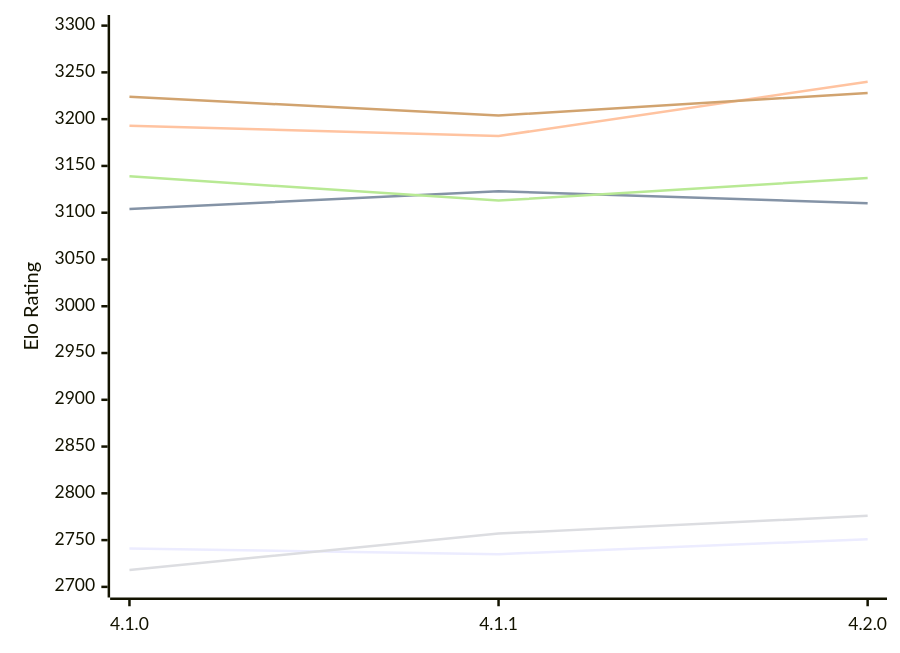
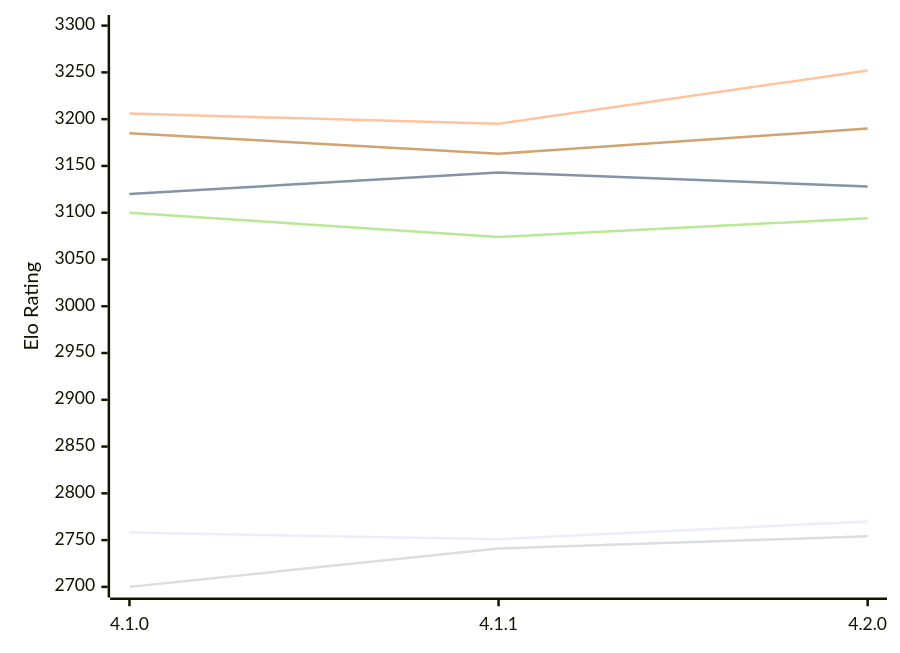
Before and after one commit to computer-chess-index/cci: the diagram in engines/LunaChessEngine.md, drawn with Mermaid. The commit also changed other lines of this file, not shown here.

Commit message:
Update CCI Ratings (ELO VLTC) - 2026-11-14

````diff
--- a/engines/LunaChessEngine.md
+++ b/engines/LunaChessEngine.md
@@ -51,12 +51,12 @@
 ```mermaid
 %%{init: {"theme":"base","themeVariables":{"seriesColors:['#a3a3a3','#222221','#faa371']}}}%%
 xychart-beta
   x-axis ["4.1.0", "4.1.1", "4.2.0"]
   y-axis "Elo Rating" 2700 --> 3300
-  line "E1: STC (8.0+0.08s)" [2741, 2735, 2751]
-  line "E1: LTC (60.0+0.60s)" [3104, 3123, 3110]
-  line "E1: VLTC (2m24s+1.12s)" [3193, 3182, 3240]
-  line "P1: STC (8.0+0.08s)" [2718, 2757, 2776]
-  line "P1: LTC (60.0+0.60s)" [3139, 3113, 3137]
-  line "P1: VLTC (2m24s+1.12s)" [3224, 3204, 3228]
+  line "E1: STC (8.0+0.08s)" [2758, 2751, 2770]
+  line "E1: LTC (60.0+0.60s)" [3120, 3143, 3128]
+  line "E1: VLTC (2m24s+1.12s)" [3206, 3195, 3252]
+  line "P1: STC (8.0+0.08s)" [2700, 2741, 2754]
+  line "P1: LTC (60.0+0.60s)" [3100, 3074, 3094]
+  line "P1: VLTC (2m24s+1.12s)" [3185, 3163, 3190]
 ```
````
